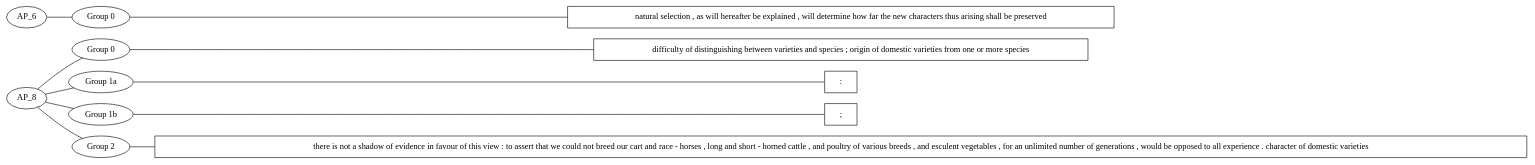
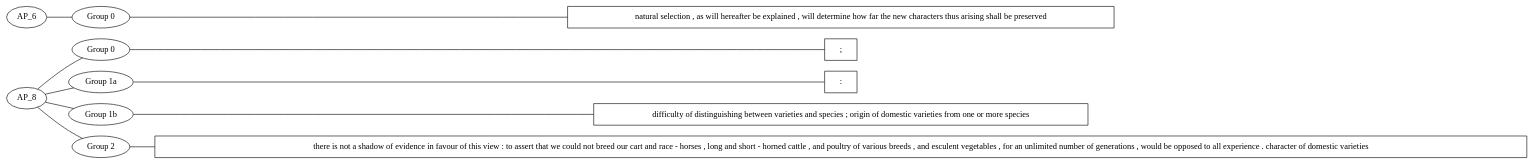
Before and after one commit to djbpitt/scala-graphing-sandbox: the diagram in src/main/outputs/hypergraph.dot, drawn with Graphviz. The commit also changed 2 other files, not shown here.

```diff
--- a/src/main/outputs/hypergraph.dot
+++ b/src/main/outputs/hypergraph.dot
@@ -1,35 +1,23 @@
 graph MyGraph {
 rankdir = LR
+"AP_8_2_reading" [shape=box label="there is not a shadow of evidence in favour of this view : to assert that we could not breed our cart and race - horses , long and short - horned cattle , and poultry of various breeds , and esculent vegetables , for an unlimited number of generations , would be opposed to all experience . character of domestic varieties "]
+"AP_8_1b_reading" [shape=box label="difficulty of distinguishing between varieties and species ; origin of domestic varieties from one or more species "]
+"AP_8_1a_reading" [shape=box label=": "]
+"AP_8_0_reading" [shape=box label="; "]
+"AP_8_0" [label="Group 0"]
+"AP_8_1a" [label="Group 1a"]
+"AP_8_1b" [label="Group 1b"]
+"AP_8_2" [label="Group 2"]
+"AP_8_2" -- "AP_8_2_reading"
+"AP_8_1b" -- "AP_8_1b_reading"
+"AP_8_1a" -- "AP_8_1a_reading"
+"AP_8_0" -- "AP_8_0_reading"
+AP_8 -- "AP_8_2"
+AP_8 -- "AP_8_1b"
+AP_8 -- "AP_8_1a"
 AP_8 -- "AP_8_0"
-AP_8 -- "AP_8_1a"
-AP_8 -- "AP_8_1b"
-AP_8 -- "AP_8_2"
-"AP_8_0" -- "AP_8_0_reading"
-"AP_8_1a" -- "AP_8_1a_reading"
-"AP_8_1b" -- "AP_8_1b_reading"
-"AP_8_2" -- "AP_8_2_reading"
-"AP_8_1b" [label="Group 1b"]
-"AP_8_1a" [label="Group 1a"]
-"AP_8_0" [label="Group 0"]
-"AP_8_2" [label="Group 2"]
-"AP_8_1b_reading" [shape=box label="; "]
-"AP_8_1a_reading" [shape=box label=": "]
-"AP_8_0_reading" [shape=box label="difficulty of distinguishing between varieties and species ; origin of domestic varieties from one or more species "]
-"AP_8_2_reading" [shape=box label="there is not a shadow of evidence in favour of this view : to assert that we could not breed our cart and race - horses , long and short - horned cattle , and poultry of various breeds , and esculent vegetables , for an unlimited number of generations , would be opposed to all experience . character of domestic varieties "]
-
-
-
-
-
-
-
-
+"AP_6_0_reading" [shape=box label="natural selection , as will hereafter be explained , will determine how far the new characters thus arising shall be preserved "]
+"AP_6_0" [label="Group 0"]
+"AP_6_0" -- "AP_6_0_reading"
 AP_6 -- "AP_6_0"
-"AP_6_0" -- "AP_6_0_reading"
-"AP_6_0" [label="Group 0"]
-"AP_6_0_reading" [shape=box label="natural selection , as will hereafter be explained , will determine how far the new characters thus arising shall be preserved "]
-
-
-
-
 }
```
